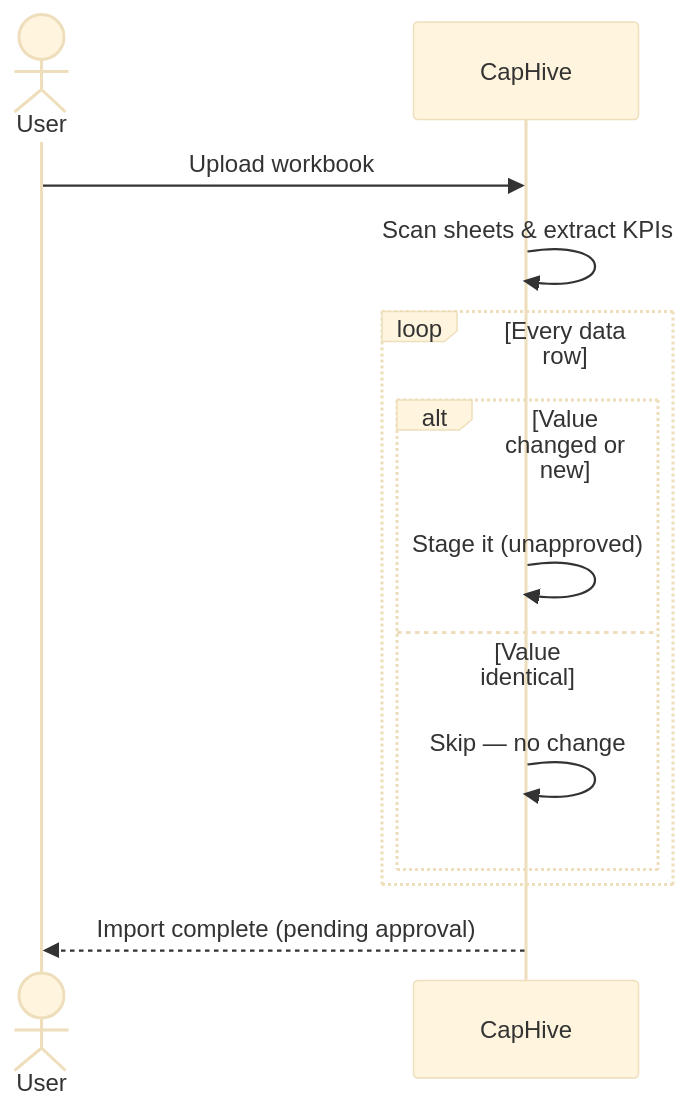
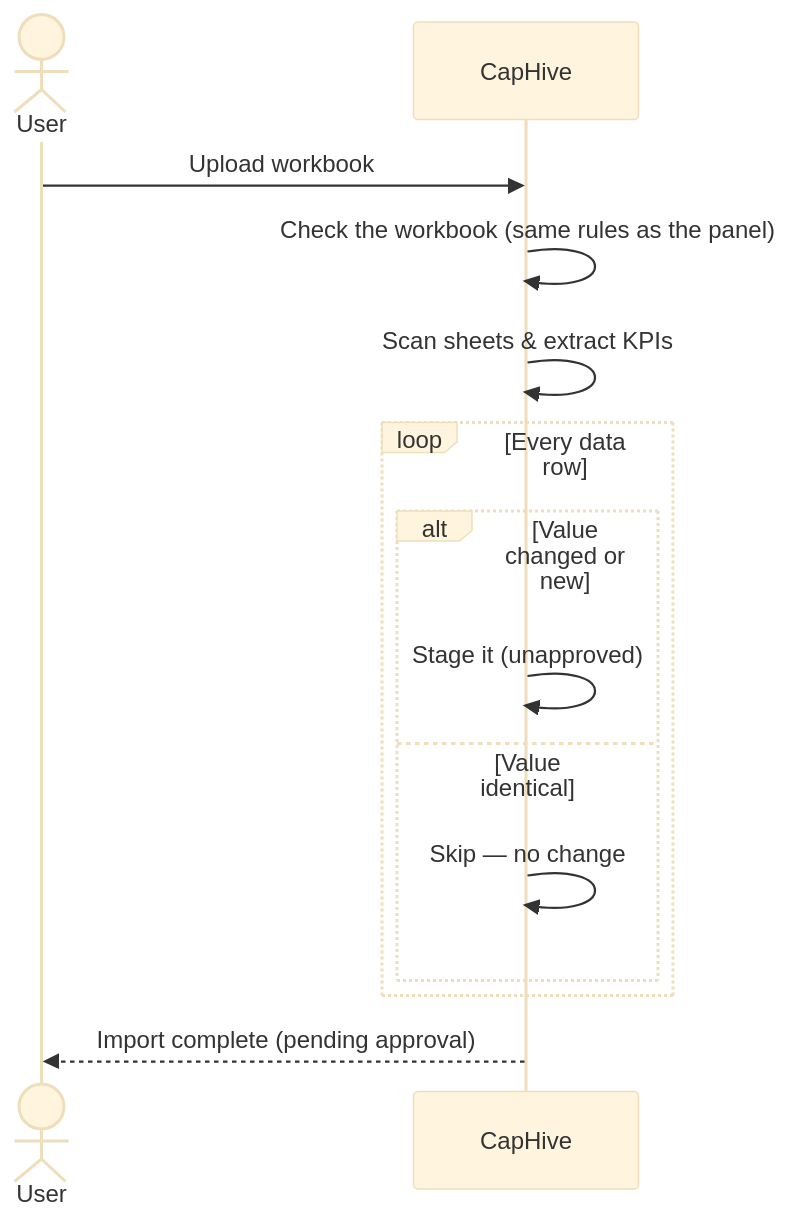
Before and after one commit to sampadadiwan/IRM_CompanyMain: the fourth of 5 diagrams in docs/user_guides/kpi_upload_user_guide.md, drawn with Mermaid (base theme). The commit also changed other lines of this file and 56 other files, not shown here.

````diff
--- a/docs/user_guides/kpi_upload_user_guide.md
+++ b/docs/user_guides/kpi_upload_user_guide.md
@@ -129,16 +160,17 @@
 ```mermaid
 sequenceDiagram
     actor U as User
     participant System as CapHive
 
     U->>System: Upload workbook
+    System->>System: Check the workbook (same rules as the panel)
     System->>System: Scan sheets & extract KPIs
     loop Every data row
         alt Value changed or new
             System->>System: Stage it (unapproved)
         else Value identical
             System->>System: Skip — no change
         end
     end
     System-->>U: Import complete (pending approval)
 ```
````
